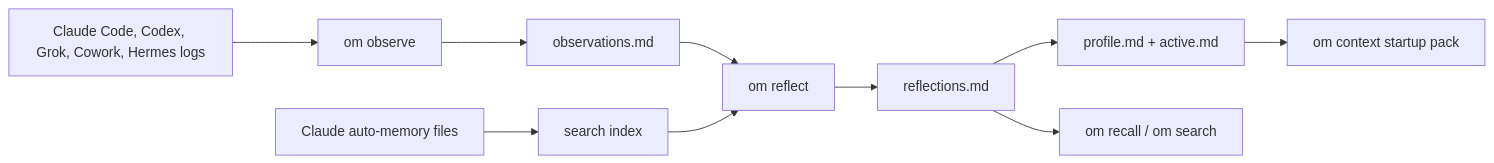
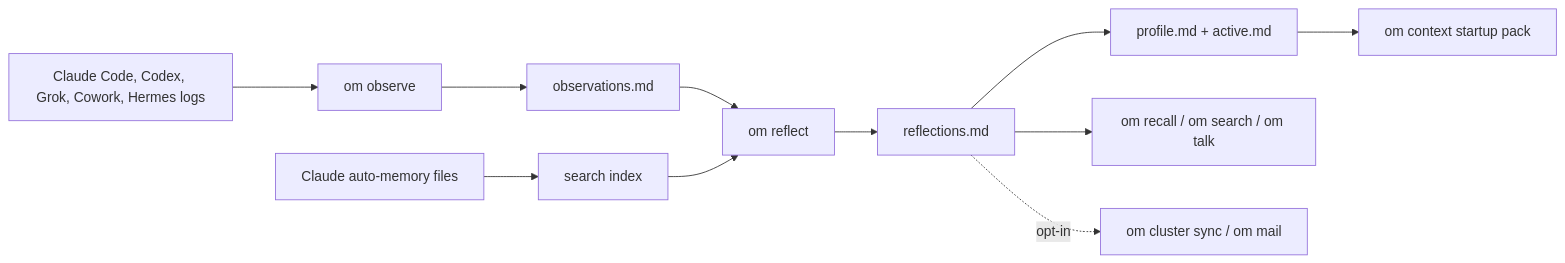
One commit to intertwine/observational-memory changed the diagram in README.md. Above: the diagram before and after it, drawn with Mermaid. The commit also changed other lines of this file, not shown here.

````diff
--- a/README.md
+++ b/README.md
@@ -81,12 +77,13 @@
 ```mermaid
 flowchart LR
     A["Claude Code, Codex, Grok, Cowork, Hermes logs"] --> B["om observe"]
     C["Claude auto-memory files"] --> D["search index"]
     B --> E["observations.md"]
     E --> F["om reflect"]
     D --> F
     F --> G["reflections.md"]
     G --> H["profile.md + active.md"]
     H --> I["om context startup pack"]
-    G --> J["om recall / om search"]
+    G --> J["om recall / om search / om talk"]
+    G -. opt-in .-> K["om cluster sync / om mail"]
 ```
````
